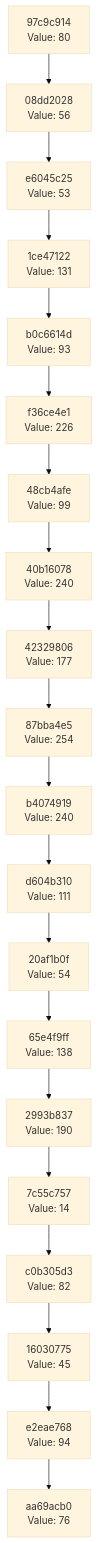
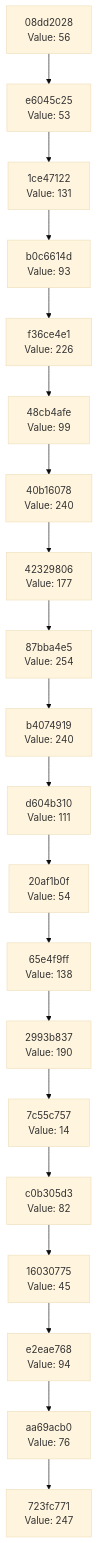
The diagram in docs/CHAIN_VISUALIZATION.md (Abhisheksinha1506/hash-chain-evolver), drawn with Mermaid (base theme) before and after one commit. The commit also changed 2 other files, not shown here.

Commit message:
Evolution step: hash 0xF7 → action executed

````diff
--- a/docs/CHAIN_VISUALIZATION.md
+++ b/docs/CHAIN_VISUALIZATION.md
@@ -3,42 +3,42 @@
 ```mermaid
 graph TD
-    C0["aa69acb0<br/>Value: 76"]
-    C1["e2eae768<br/>Value: 94"]
+    C0["723fc771<br/>Value: 247"]
+    C1["aa69acb0<br/>Value: 76"]
     C1 --> C0
-    C2["16030775<br/>Value: 45"]
+    C2["e2eae768<br/>Value: 94"]
     C2 --> C1
-    C3["c0b305d3<br/>Value: 82"]
+    C3["16030775<br/>Value: 45"]
     C3 --> C2
-    C4["7c55c757<br/>Value: 14"]
+    C4["c0b305d3<br/>Value: 82"]
     C4 --> C3
-    C5["2993b837<br/>Value: 190"]
+    C5["7c55c757<br/>Value: 14"]
     C5 --> C4
-    C6["65e4f9ff<br/>Value: 138"]
+    C6["2993b837<br/>Value: 190"]
     C6 --> C5
-    C7["20af1b0f<br/>Value: 54"]
+    C7["65e4f9ff<br/>Value: 138"]
     C7 --> C6
-    C8["d604b310<br/>Value: 111"]
+    C8["20af1b0f<br/>Value: 54"]
     C8 --> C7
-    C9["b4074919<br/>Value: 240"]
+    C9["d604b310<br/>Value: 111"]
     C9 --> C8
-    C10["87bba4e5<br/>Value: 254"]
+    C10["b4074919<br/>Value: 240"]
     C10 --> C9
-    C11["42329806<br/>Value: 177"]
+    C11["87bba4e5<br/>Value: 254"]
     C11 --> C10
-    C12["40b16078<br/>Value: 240"]
+    C12["42329806<br/>Value: 177"]
     C12 --> C11
-    C13["48cb4afe<br/>Value: 99"]
+    C13["40b16078<br/>Value: 240"]
     C13 --> C12
-    C14["f36ce4e1<br/>Value: 226"]
+    C14["48cb4afe<br/>Value: 99"]
     C14 --> C13
-    C15["b0c6614d<br/>Value: 93"]
+    C15["f36ce4e1<br/>Value: 226"]
     C15 --> C14
-    C16["1ce47122<br/>Value: 131"]
+    C16["b0c6614d<br/>Value: 93"]
     C16 --> C15
-    C17["e6045c25<br/>Value: 53"]
+    C17["1ce47122<br/>Value: 131"]
     C17 --> C16
-    C18["08dd2028<br/>Value: 56"]
+    C18["e6045c25<br/>Value: 53"]
     C18 --> C17
-    C19["97c9c914<br/>Value: 80"]
+    C19["08dd2028<br/>Value: 56"]
     C19 --> C18
 ```
````
